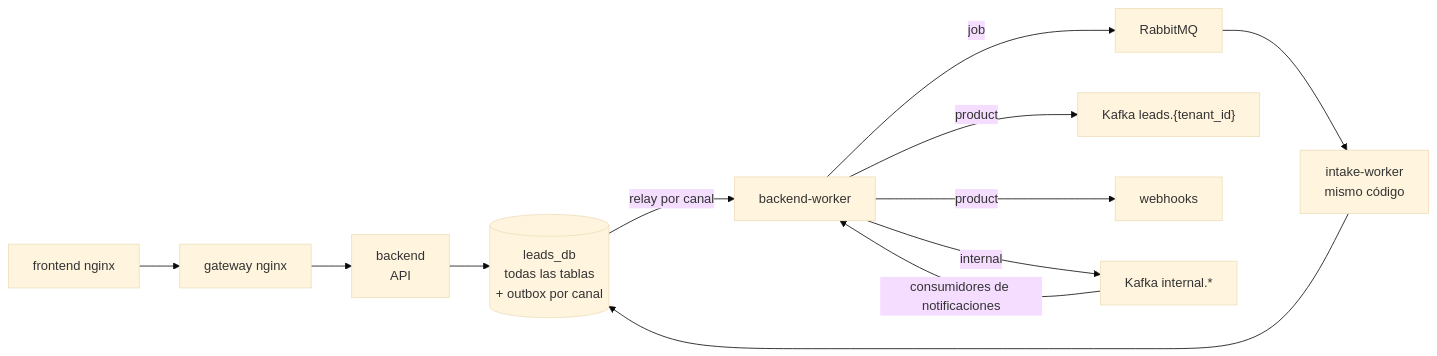
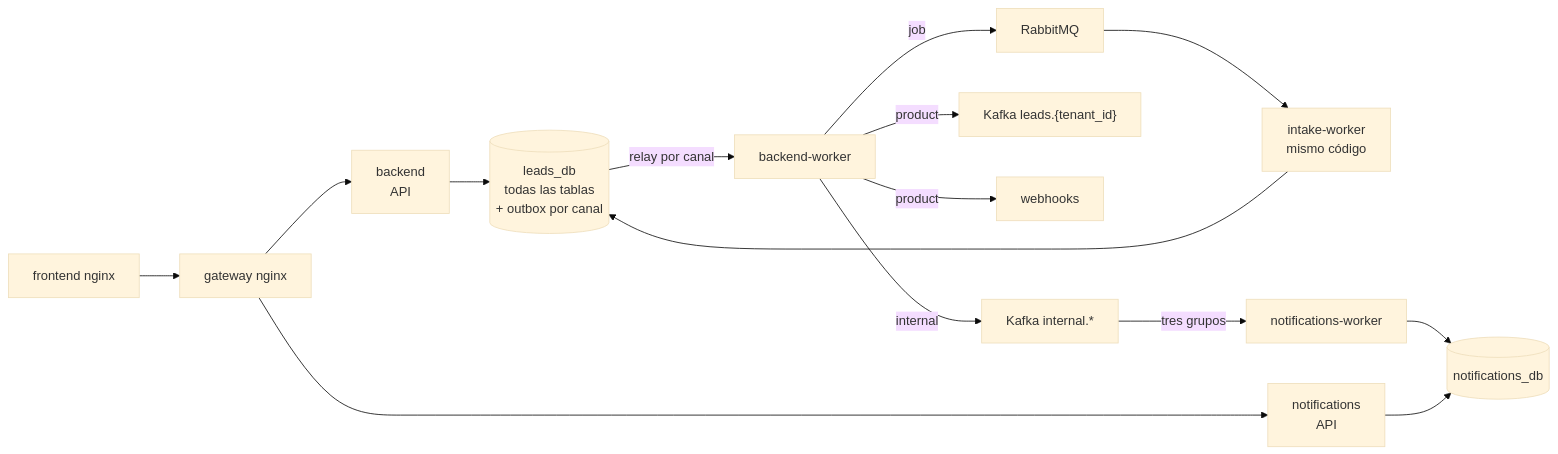
The diagram in docs/content/microservices/01-punto-de-partida.md (MDCIrony/leads-hexa), drawn with Mermaid (base theme) before and after one commit. The commit also changed other lines of this file and 21 other files, not shown here.

````diff
--- a/docs/content/microservices/01-punto-de-partida.md
+++ b/docs/content/microservices/01-punto-de-partida.md
@@ -24,14 +25,17 @@
 ```mermaid
 flowchart LR
     FE["frontend nginx"] --> GW["gateway nginx"]
     GW --> API["backend<br/>API"]
     API --> DB[("leads_db<br/>todas las tablas<br/>+ outbox por canal")]
     DB -->|"relay por canal"| BW["backend-worker"]
     BW -->|"job"| R["RabbitMQ"]
     R --> W["intake-worker<br/>mismo código"]
     W --> DB
     BW -->|"product"| K["Kafka leads.{tenant_id}"]
     BW -->|"product"| WH["webhooks"]
     BW -->|"internal"| KI["Kafka internal.*"]
-    KI -->|"consumidores de notificaciones"| BW
+    KI -->|"tres grupos"| NW["notifications-worker"]
+    NW --> NDB[("notifications_db")]
+    GW --> NS["notifications<br/>API"]
+    NS --> NDB
 ```
````
